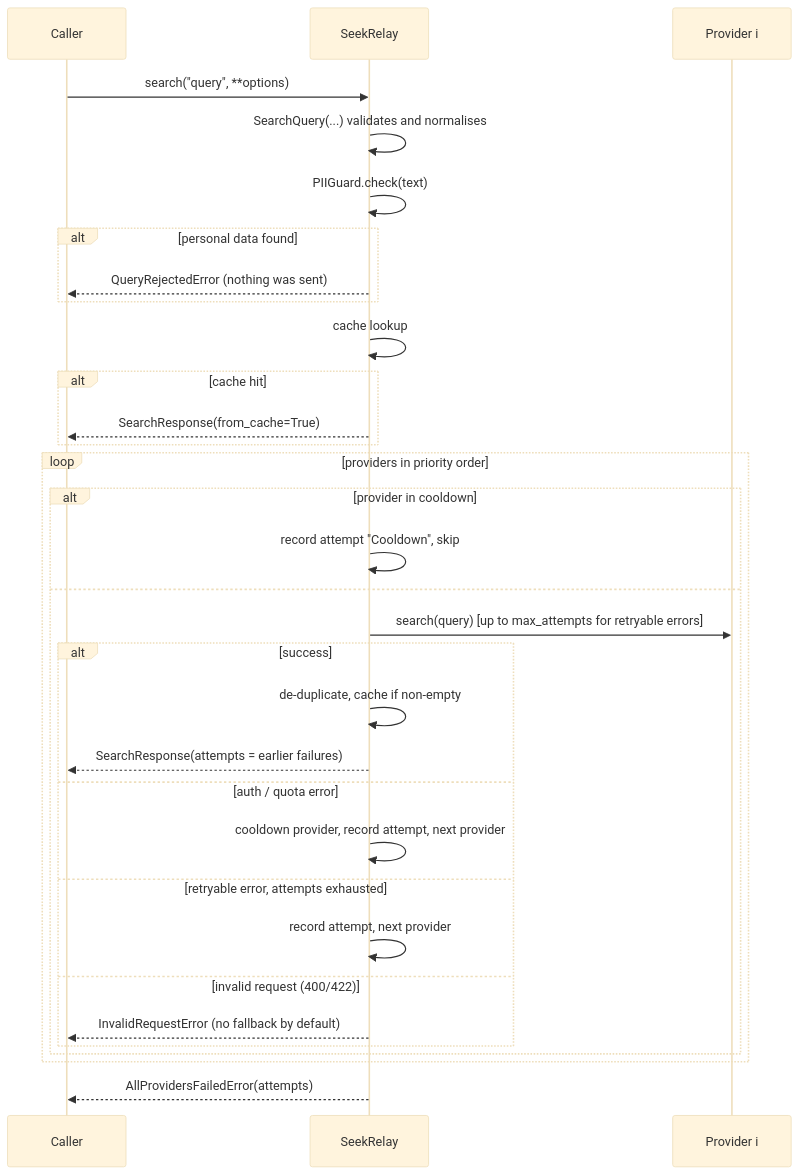
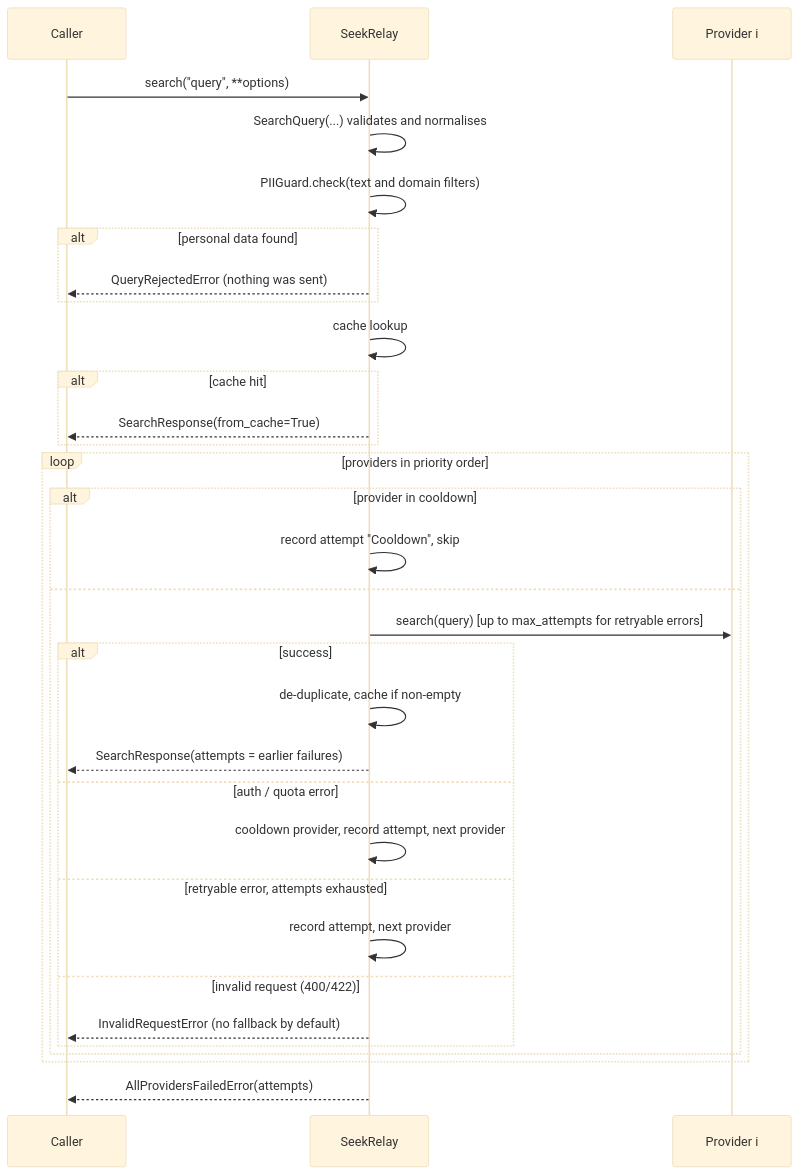
The second of 2 diagrams in docs/ARCHITECTURE.md (MaksicosUA/SeekRelay), drawn with Mermaid (base theme) before and after one commit. The commit also changed other lines of this file and 27 other files, not shown here.

````diff
--- a/docs/ARCHITECTURE.md
+++ b/docs/ARCHITECTURE.md
@@ -48,34 +49,34 @@
 ```mermaid
 sequenceDiagram
     participant C as Caller
     participant G as SeekRelay
     participant P as Provider i
     C->>G: search("query", **options)
     G->>G: SearchQuery(...) validates and normalises
-    G->>G: PIIGuard.check(text)
+    G->>G: PIIGuard.check(text and domain filters)
     alt personal data found
         G-->>C: QueryRejectedError (nothing was sent)
     end
     G->>G: cache lookup
     alt cache hit
         G-->>C: SearchResponse(from_cache=True)
     end
     loop providers in priority order
         alt provider in cooldown
             G->>G: record attempt "Cooldown", skip
         else
             G->>P: search(query)  [up to max_attempts for retryable errors]
             alt success
                 G->>G: de-duplicate, cache if non-empty
                 G-->>C: SearchResponse(attempts = earlier failures)
             else auth / quota error
                 G->>G: cooldown provider, record attempt, next provider
             else retryable error, attempts exhausted
                 G->>G: record attempt, next provider
             else invalid request (400/422)
                 G-->>C: InvalidRequestError (no fallback by default)
             end
         end
     end
     G-->>C: AllProvidersFailedError(attempts)
 ```
````
